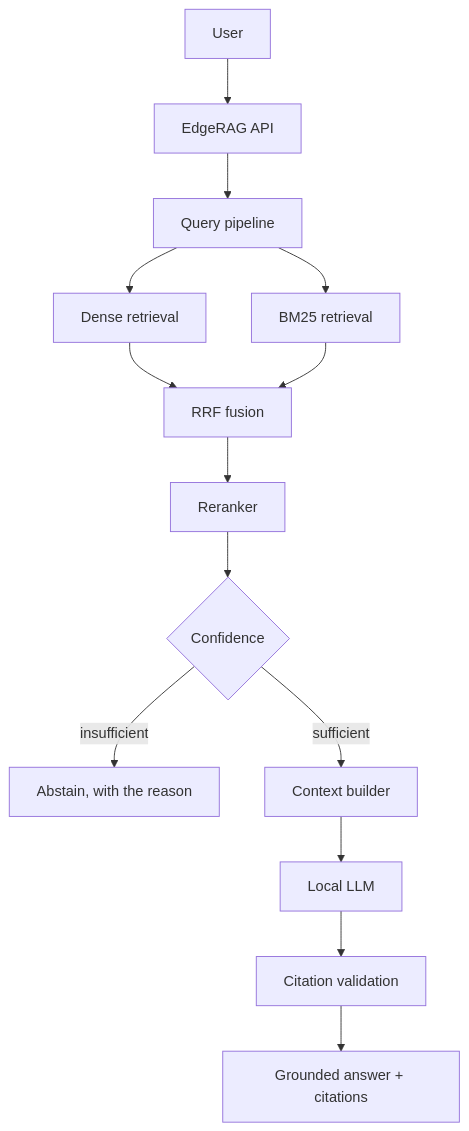
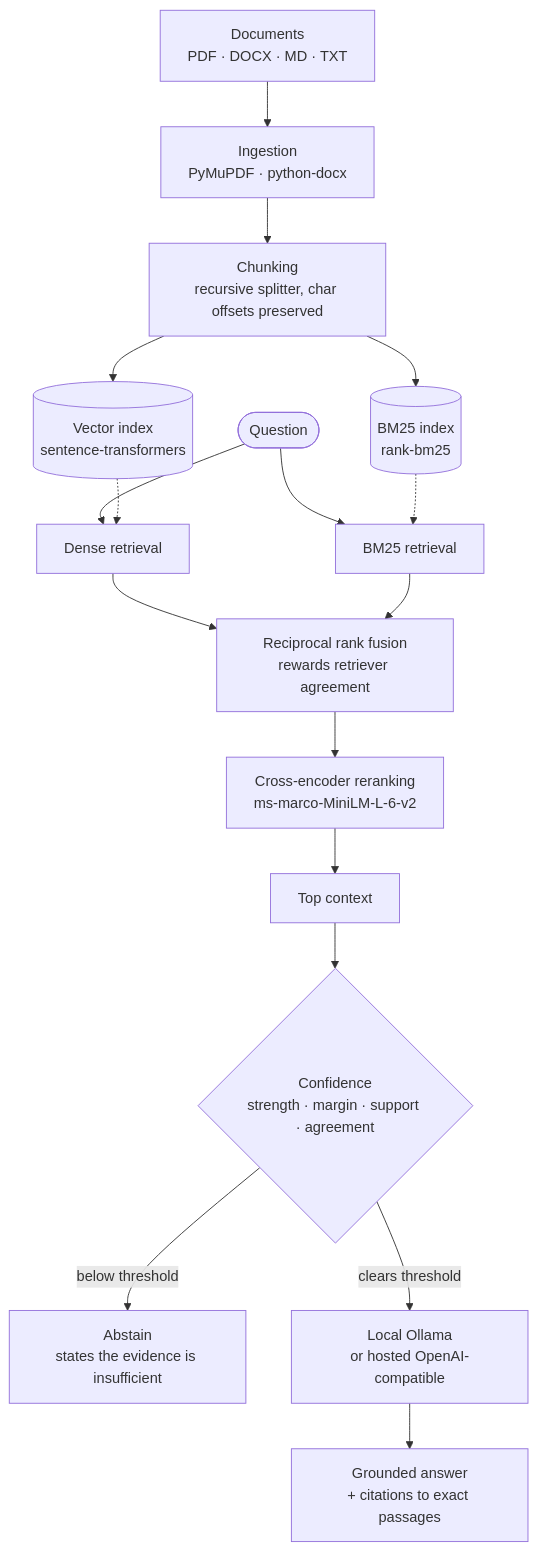
The diagram in README.md (tanmaytyagii/EdgeRAG), drawn with Mermaid before and after one commit. The commit also changed other lines of this file and 9 other files, not shown here.

````diff
--- a/README.md
+++ b/README.md
@@ -112,16 +105,21 @@
 ```mermaid
 flowchart TD
-    U[User] --> API[EdgeRAG API]
-    API --> Q[Query pipeline]
-    Q --> D[Dense retrieval]
-    Q --> S[BM25 retrieval]
-    D --> F[RRF fusion]
-    S --> F
-    F --> R[Reranker]
-    R --> C{Confidence}
-    C -- insufficient --> AB[Abstain, with the reason]
-    C -- sufficient --> CB[Context builder]
-    CB --> L[Local LLM]
-    L --> V[Citation validation]
-    V --> A[Grounded answer + citations]
+    D[Documents<br/>PDF · DOCX · MD · TXT] --> I[Ingestion<br/>PyMuPDF · python-docx]
+    I --> C[Chunking<br/>recursive splitter, char offsets preserved]
+    C --> E[(Vector index<br/>sentence-transformers)]
+    C --> B[(BM25 index<br/>rank-bm25)]
+
+    Q([Question]) --> DR[Dense retrieval]
+    Q --> SR[BM25 retrieval]
+    E -.-> DR
+    B -.-> SR
+
+    DR --> F[Reciprocal rank fusion<br/>rewards retriever agreement]
+    SR --> F
+    F --> RR[Cross-encoder reranking<br/>ms-marco-MiniLM-L-6-v2]
+    RR --> CX[Top context]
+    CX --> CF{Confidence<br/>strength · margin · support · agreement}
+    CF -->|below threshold| AB[Abstain<br/>states the evidence is insufficient]
+    CF -->|clears threshold| LLM[Local Ollama<br/>or hosted OpenAI-compatible]
+    LLM --> A[Grounded answer<br/>+ citations to exact passages]
 ```
````
